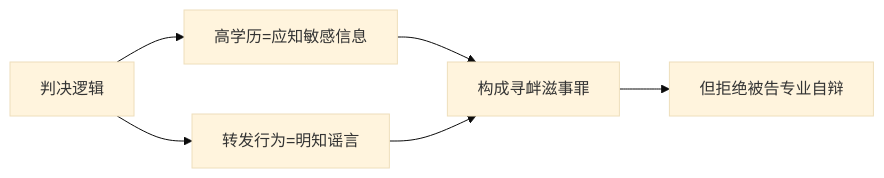
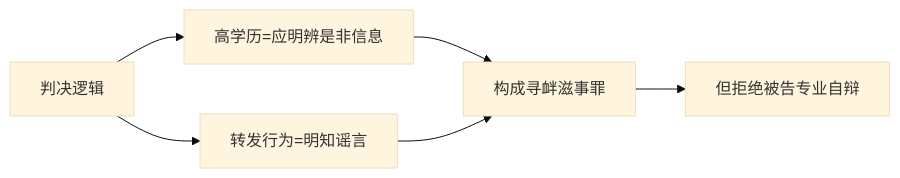
One commit to goldollarch/chat2llms changed the first of 3 diagrams in docs/source/chats/accuse/criminal/evidence/deepseek.md. Above: the diagram before and after it, drawn with Mermaid (base theme). The commit also changed 126 other files, not shown here.

````diff
--- a/docs/source/chats/accuse/criminal/evidence/deepseek.md
+++ b/docs/source/chats/accuse/criminal/evidence/deepseek.md
@@ -14,7 +14,7 @@
 ```mermaid
 graph LR
-    A[判决逻辑] --> B[高学历=应知敏感信息]
+    A[判决逻辑] --> B[高学历=应明辨是非信息]
     A --> C[转发行为=明知谣言]
     B & C --> D[构成寻衅滋事罪]
     D --> E[但拒绝被告专业自辩]
 ```
````
